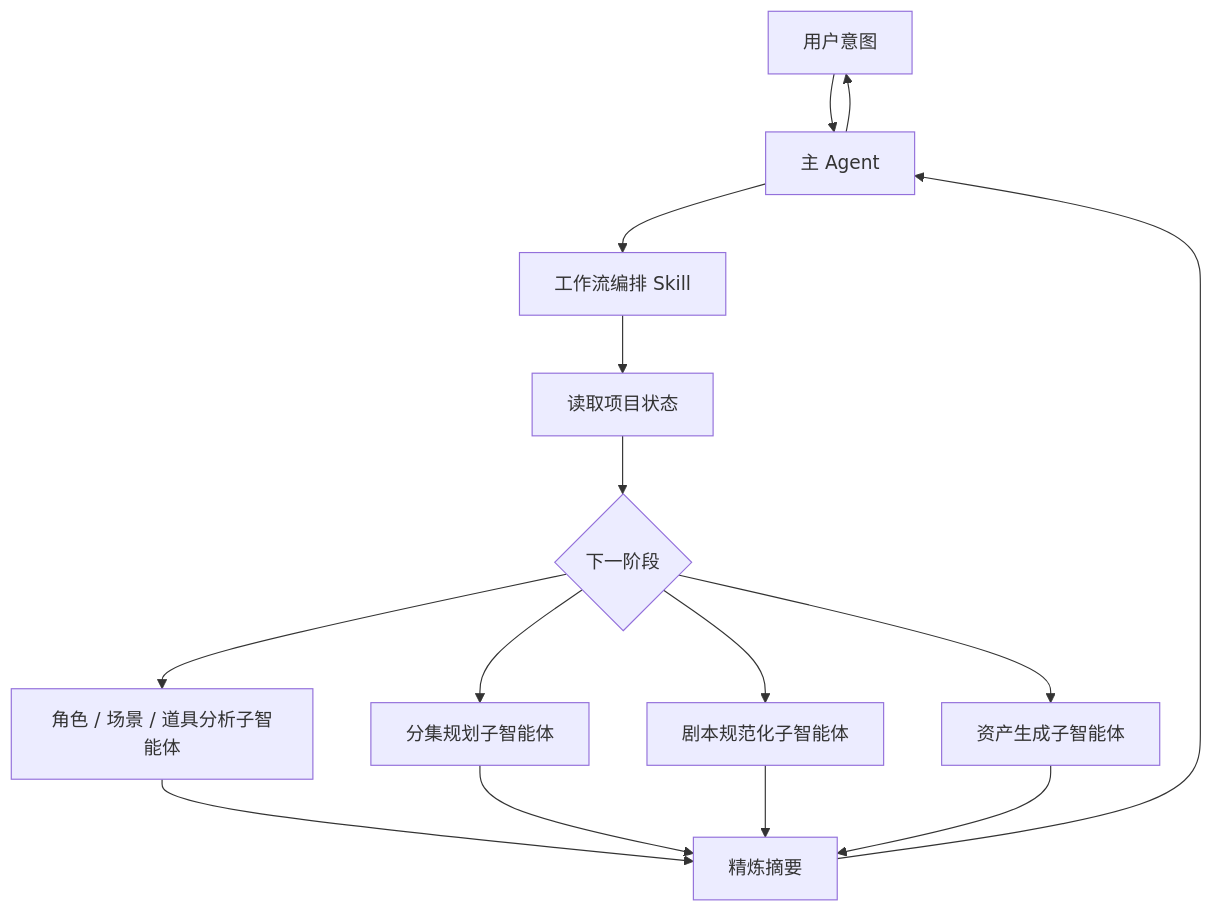
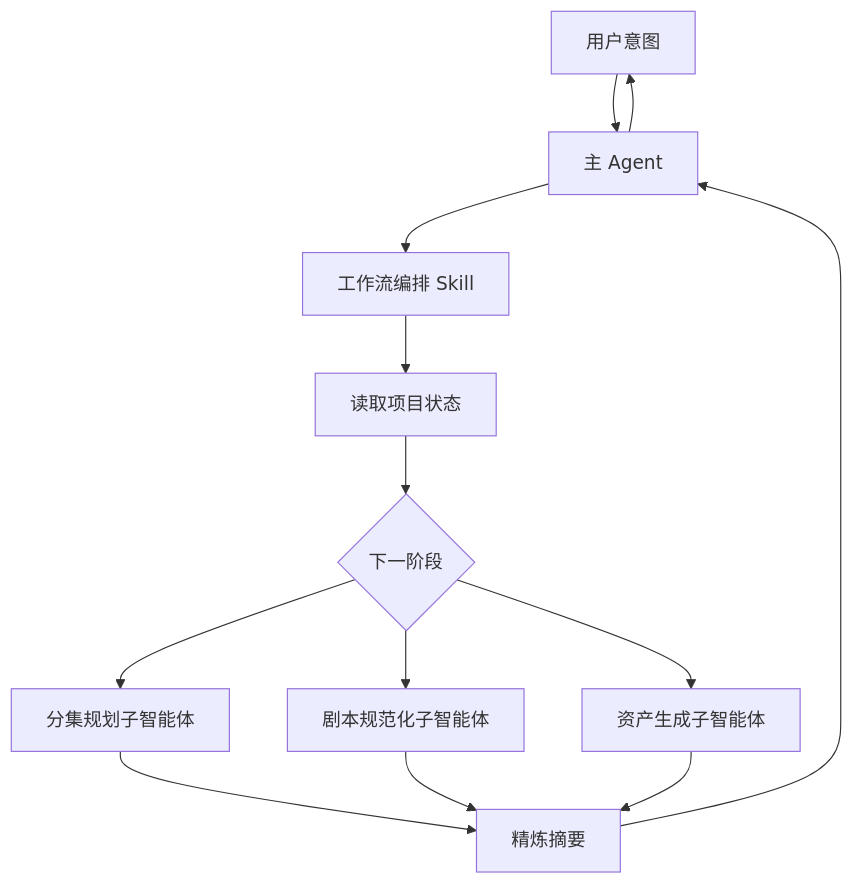
One commit to changzhangpp/ArcReel changed the second of 3 diagrams in website/docs/dev/architecture.md. Above: the diagram before and after it, drawn with Mermaid. The commit also changed other lines of this file and 98 other files, not shown here.

````diff
--- a/website/docs/dev/architecture.md
+++ b/website/docs/dev/architecture.md
@@ -94,17 +94,15 @@
 ```mermaid
 flowchart TD
     U["用户意图"] --> MAIN["主 Agent"]
     MAIN --> SKILL["工作流编排 Skill"]
     SKILL --> STATE["读取项目状态"]
     STATE --> DECIDE{"下一阶段"}
-    DECIDE --> A["角色 / 场景 / 道具分析子智能体"]
     DECIDE --> B["分集规划子智能体"]
     DECIDE --> C["剧本规范化子智能体"]
     DECIDE --> D["资产生成子智能体"]
-    A --> SUMMARY["精炼摘要"]
-    B --> SUMMARY
+    B --> SUMMARY["精炼摘要"]
     C --> SUMMARY
     D --> SUMMARY
     SUMMARY --> MAIN
     MAIN --> U
 ```
````
